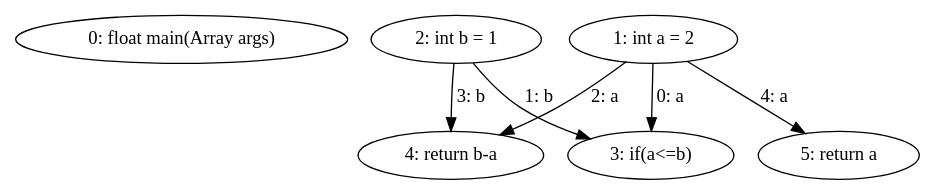
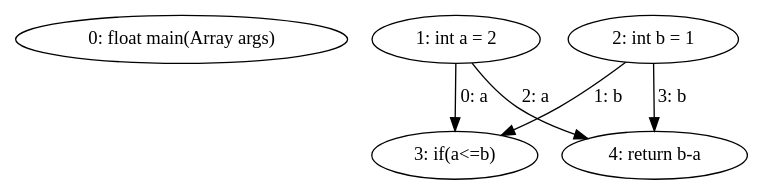
Before and after one commit to DominguesGM/comp_astanalyze: the diagram in export/if_example_dfg.dot, drawn with Graphviz. The commit also changed 15 other files, not shown here.

```diff
--- a/export/if_example_dfg.dot
+++ b/export/if_example_dfg.dot
@@ -1,13 +1,11 @@
 digraph G {
   1 [ label="0: float main(Array args)" ];
   2 [ label="1: int a = 2" ];
   3 [ label="2: int b = 1" ];
   4 [ label="3: if(a<=b)" ];
   5 [ label="4: return b-a" ];
-  6 [ label="5: return a" ];
   2 -> 4 [ label="0: a" ];
   3 -> 4 [ label="1: b" ];
   2 -> 5 [ label="2: a" ];
   3 -> 5 [ label="3: b" ];
-  2 -> 6 [ label="4: a" ];
 }
```
